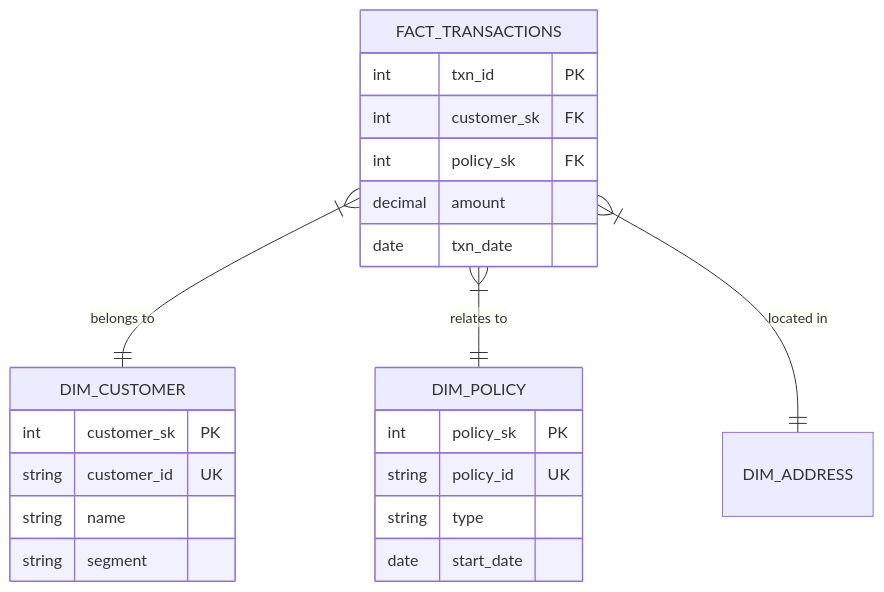
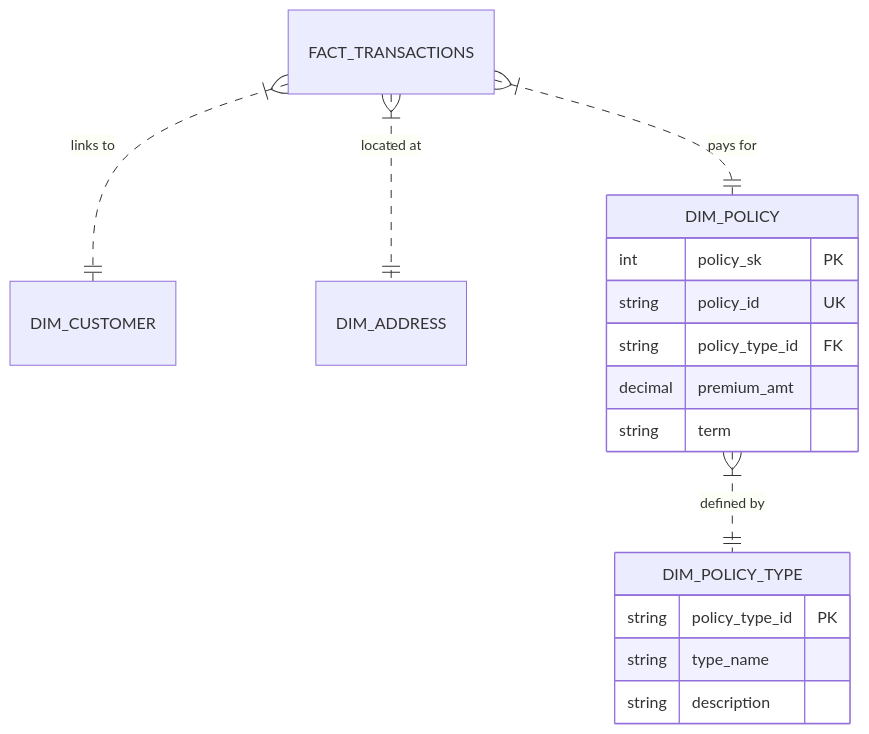
Before and after one commit to bennychainik/DE-Hackathon_Trinity: the diagram in docs/data_modeling.md, drawn with Mermaid. The commit also changed other lines of this file and 10 other files, not shown here.

Commit message:
feat(pipeline): complete end-to-end ETL with Hybrid Schema and Late Fees

````diff
--- a/docs/data_modeling.md
+++ b/docs/data_modeling.md
@@ -11,28 +11,23 @@
 ```mermaid
 erDiagram
-    FACT_TRANSACTIONS }|--|| DIM_CUSTOMER : "belongs to"
-    FACT_TRANSACTIONS }|--|| DIM_POLICY : "relates to"
-    FACT_TRANSACTIONS }|--|| DIM_ADDRESS : "located in"
+    FACT_TRANSACTIONS }|..|| DIM_CUSTOMER : "links to"
+    FACT_TRANSACTIONS }|..|| DIM_ADDRESS : "located at"
+    FACT_TRANSACTIONS }|..|| DIM_POLICY : "pays for"
+    
+    %% Snowflake Relationship
+    DIM_POLICY }|..|| DIM_POLICY_TYPE : "defined by"
 
-    DIM_CUSTOMER {
-        int customer_sk PK
-        string customer_id UK
-        string name
-        string segment
+    DIM_POLICY_TYPE {
+        string policy_type_id PK
+        string type_name
+        string description
     }
 
     DIM_POLICY {
         int policy_sk PK
         string policy_id UK
-        string type
-        date start_date
-    }
-
-    FACT_TRANSACTIONS {
-        int txn_id PK
-        int customer_sk FK
-        int policy_sk FK
-        decimal amount
-        date txn_date
+        string policy_type_id FK
+        decimal premium_amt
+        string term
     }
 ```
````
